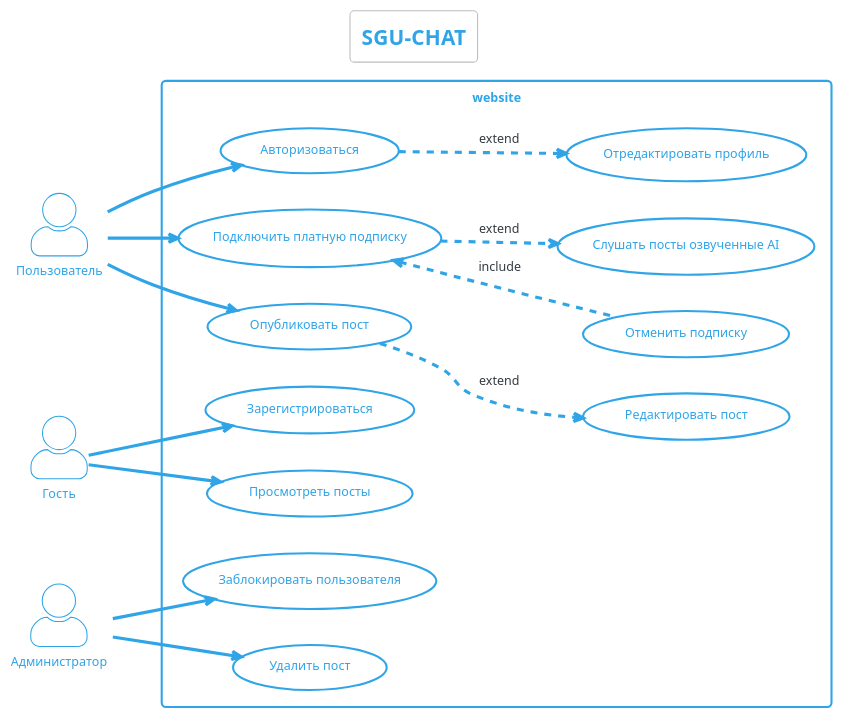
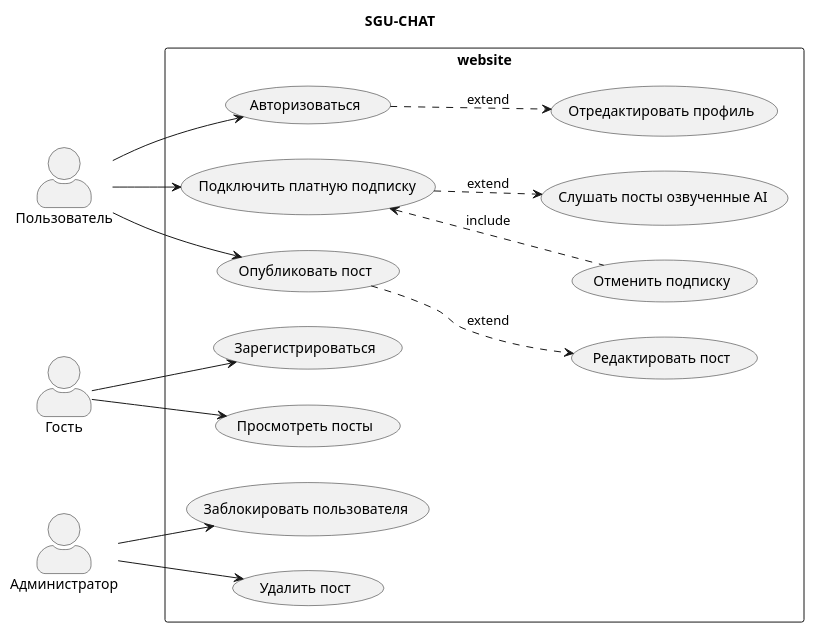
Before and after one commit to ivanboldyrevv/sgu-chat: the diagram in UML/usecase.puml, drawn with PlantUML. The commit also changed 1 other file, not shown here.

Commit message:
update uml

```diff
--- a/UML/usecase.puml
+++ b/UML/usecase.puml
@@ -1,22 +1,21 @@
 @startuml
-!theme cerulean-outline
+skinparam actorStyle awesome
 title SGU-CHAT
-skinparam actorStyle awesome
 left to right direction
 :Пользователь: as user
 :Гость: as guest
 :Администратор: as admin
 rectangle website {
     user --> (Авторизоваться)
     (Авторизоваться) ..> (Отредактировать профиль) : extend
     (user) --> (Подключить платную подписку)
     (Подключить платную подписку) <.. (Отменить подписку) : include
     (Подключить платную подписку) ..> (Слушать посты озвученные AI) : extend
     (user) --> (Опубликовать пост)
     (Опубликовать пост) ..> (Редактировать пост) : extend
     guest --> (Зарегистрироваться)
     guest --> (Просмотреть посты)
     admin --> (Заблокировать пользователя)
     admin --> (Удалить пост)
 }
 @enduml
```
